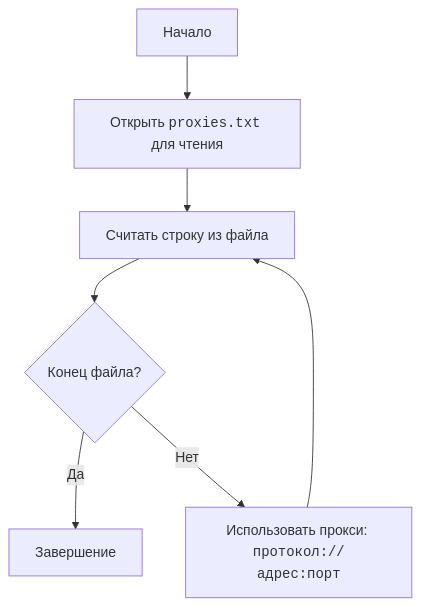
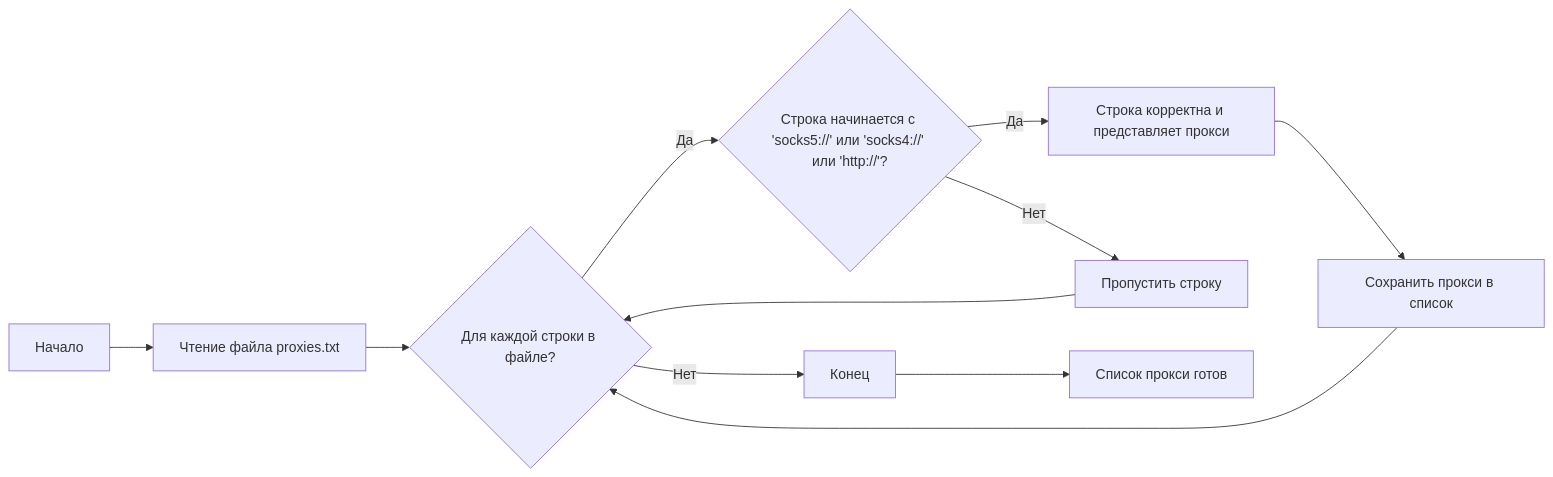
One commit to hypo69/hypo changed the first of 2 diagrams in docs/gemini/ru/explainer/src/webdriver/proxies.txt.md. Above: the diagram before and after it, drawn with Mermaid. The commit also changed other lines of this file and 1505 other files, not shown here.

````diff
--- a/docs/gemini/ru/explainer/src/webdriver/proxies.txt.md
+++ b/docs/gemini/ru/explainer/src/webdriver/proxies.txt.md
@@ -65,10 +9,13 @@
 ```mermaid
-flowchart TD
-    Start[Начало] --> OpenFile[Открыть <code>proxies.txt</code> для чтения];
-    OpenFile --> ReadLine[Считать строку из файла];
-    ReadLine --> CheckEOF{Конец файла?};
-    CheckEOF -- Да --> End[Завершение];
-    CheckEOF -- Нет --> UseProxy[Использовать прокси: <br><code>протокол://адрес:порт</code>];
-    UseProxy --> ReadLine;
-    
+graph LR
+    Start[Начало] --> ReadFile[Чтение файла proxies.txt];
+    ReadFile --> ProcessLine{Для каждой строки в файле?};
+    ProcessLine -- Да --> CheckFormat{Строка начинается с 'socks5://' или 'socks4://' или 'http://'?};
+    CheckFormat -- Да --> ValidProxy[Строка корректна и представляет прокси];
+    CheckFormat -- Нет --> SkipLine[Пропустить строку];
+    SkipLine --> ProcessLine;
+    ValidProxy --> StoreProxy[Сохранить прокси в список];
+    StoreProxy --> ProcessLine;    
+    ProcessLine -- Нет --> End[Конец];
+    End --> Output[Список прокси готов];
 ```
````
